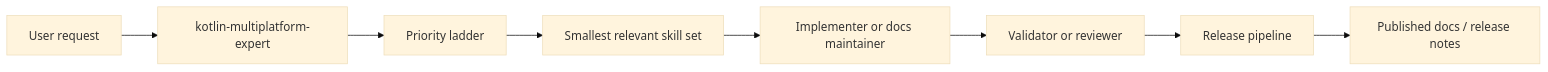
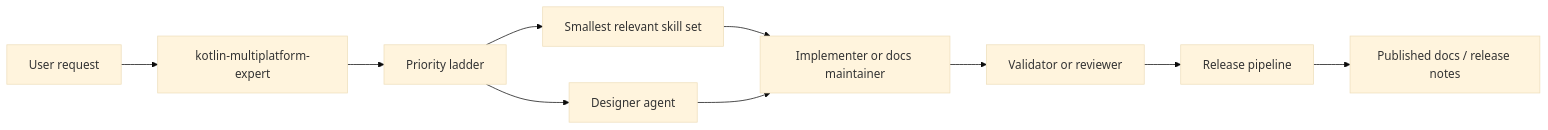
One commit to ronjunevaldoz/kmm-agent-skills changed the third of 3 diagrams in README.md. Above: the diagram before and after it, drawn with Mermaid (base theme). The commit also changed other lines of this file and 3 other files, not shown here.

Commit message:
docs: add designer agent for wireframes and layouts

````diff
--- a/README.md
+++ b/README.md
@@ -101,10 +106,12 @@
 ```mermaid
 flowchart LR
   R[User request] --> E[kotlin-multiplatform-expert]
   E --> L[Priority ladder]
   L --> S[Smallest relevant skill set]
+  L --> D[Designer agent]
   S --> A[Implementer or docs maintainer]
+  D --> A
   A --> V[Validator or reviewer]
   V --> P[Release pipeline]
   P --> C[Published docs / release notes]
 ```
````
